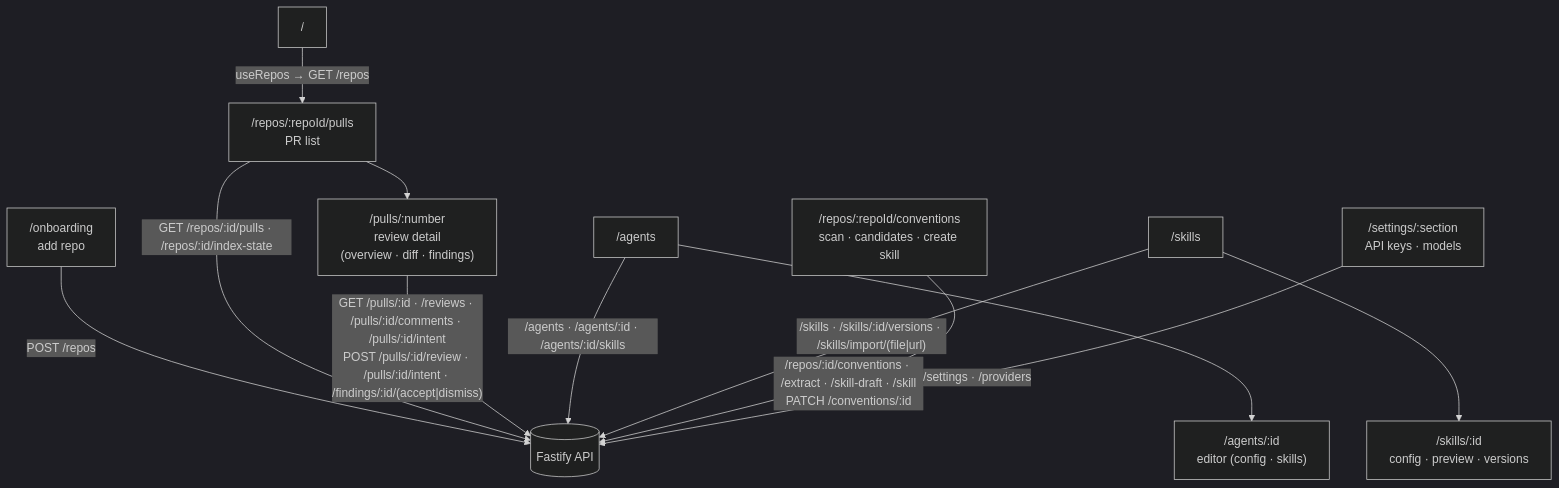
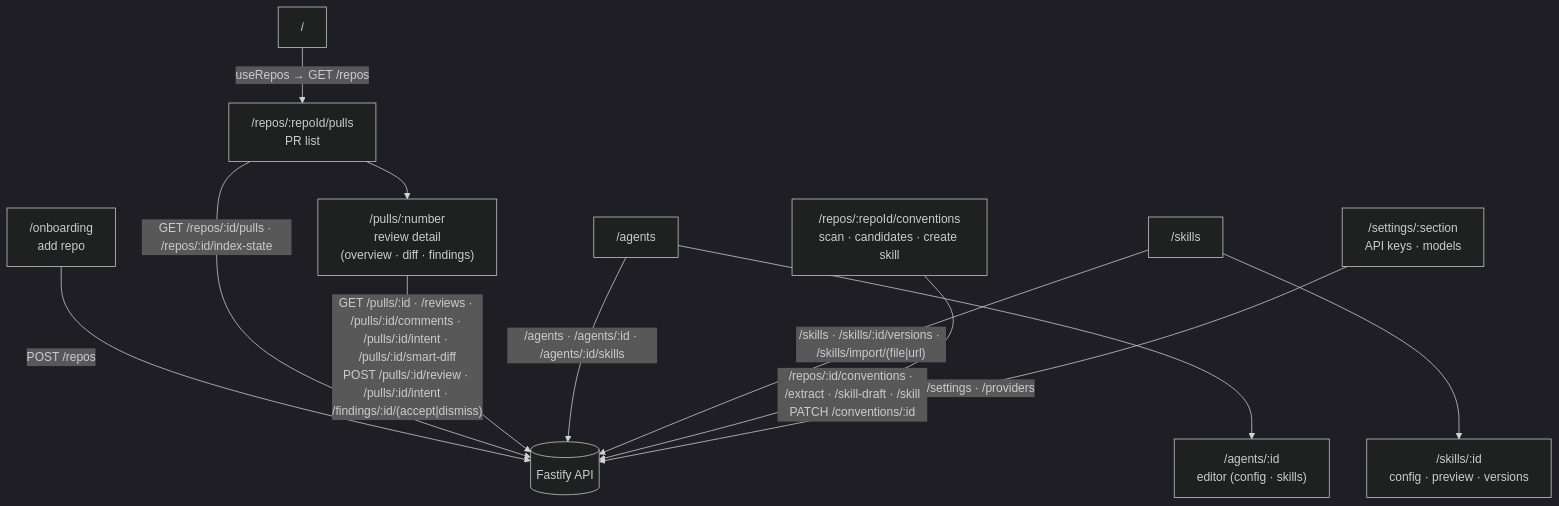
Before and after one commit to yrazub/dev-digest: the diagram in client/README.md, drawn with Mermaid (dark theme). The commit also changed other lines of this file and 12 other files, not shown here.

Commit message:
docs(smart-diff): document the route, the grouped tab and flow 11

````diff
--- a/client/README.md
+++ b/client/README.md
@@ -24,18 +24,18 @@
 ```mermaid
 flowchart TD
   ROOT["/"] -->|"useRepos → GET /repos"| PULLS["/repos/:repoId/pulls<br/>PR list"]
   ONB["/onboarding<br/>add repo"] -->|"POST /repos"| API[("Fastify API")]
   PULLS --> PR["/pulls/:number<br/>review detail<br/>(overview · diff · findings)"]
 
   AGENTS["/agents"] --> AGENT["/agents/:id<br/>editor (config · skills)"]
   SKILLS["/skills"] --> SKILL["/skills/:id<br/>config · preview · versions"]
   CONV["/repos/:repoId/conventions<br/>scan · candidates · create skill"]
   SETTINGS["/settings/:section<br/>API keys · models"]
 
   PULLS -->|"GET /repos/:id/pulls · /repos/:id/index-state"| API
-  PR -->|"GET /pulls/:id · /reviews · /pulls/:id/comments · /pulls/:id/intent<br/>POST /pulls/:id/review · /pulls/:id/intent · /findings/:id/(accept|dismiss)"| API
+  PR -->|"GET /pulls/:id · /reviews · /pulls/:id/comments · /pulls/:id/intent · /pulls/:id/smart-diff<br/>POST /pulls/:id/review · /pulls/:id/intent · /findings/:id/(accept|dismiss)"| API
   AGENTS -->|"/agents · /agents/:id · /agents/:id/skills"| API
   SKILLS -->|"/skills · /skills/:id/versions · /skills/import/(file|url)"| API
   CONV -->|"/repos/:id/conventions · /extract · /skill-draft · /skill<br/>PATCH /conventions/:id"| API
   SETTINGS -->|"/settings · /providers"| API
 ```
````
